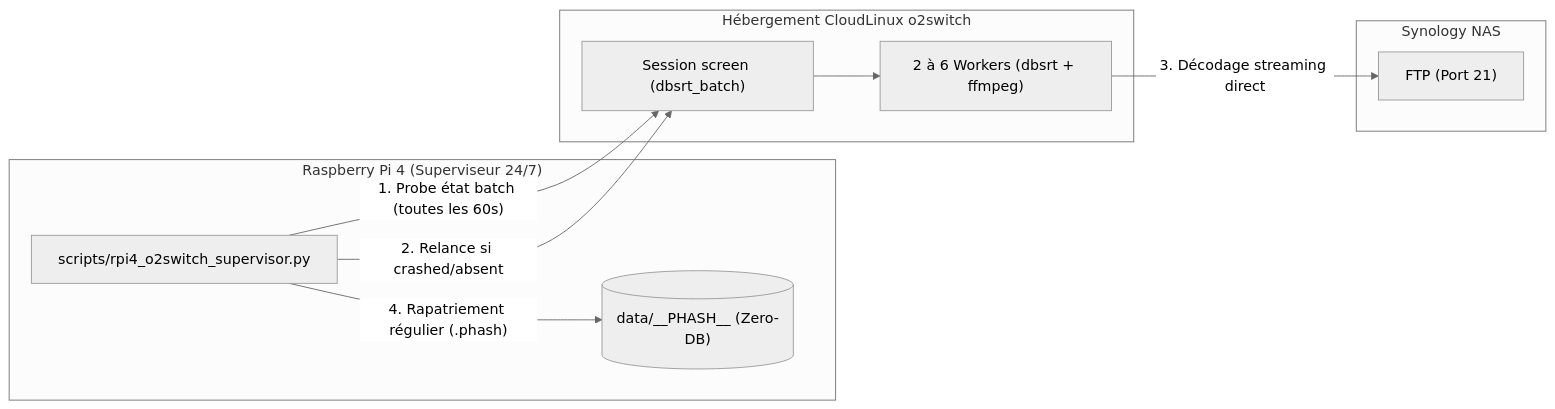
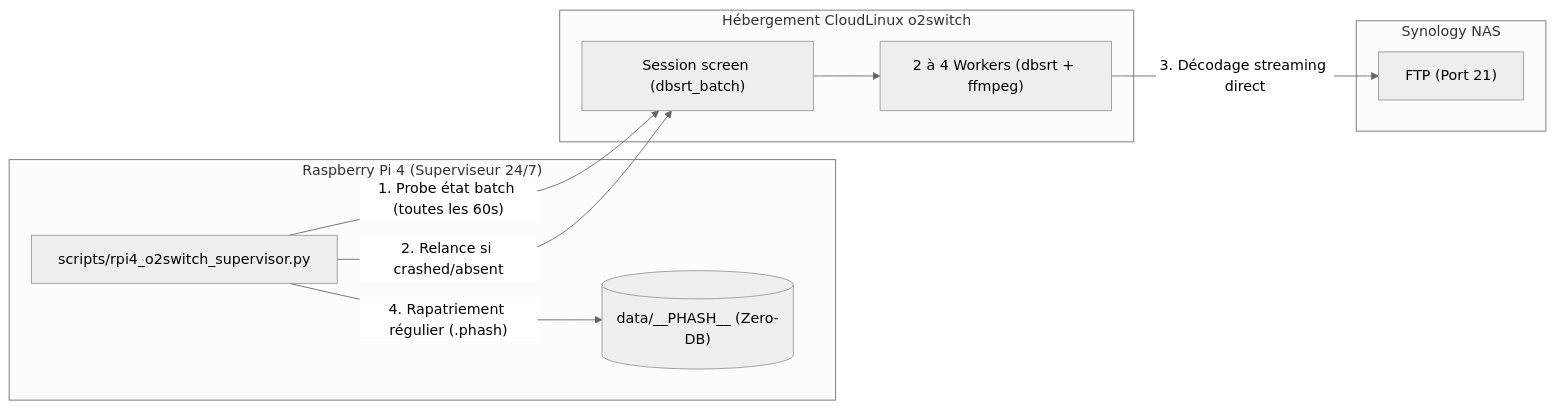
One commit to yoyonel/pydbsrt changed the first of 2 diagrams in docs/how-to/superviser-batch-o2switch-depuis-rpi4.md. Above: the diagram before and after it, drawn with Mermaid (neutral theme). The commit also changed other lines of this file and 6 other files, not shown here.

````diff
--- a/docs/how-to/superviser-batch-o2switch-depuis-rpi4.md
+++ b/docs/how-to/superviser-batch-o2switch-depuis-rpi4.md
@@ -18,22 +18,22 @@
 ```mermaid
 flowchart LR
     subgraph RPi4["Raspberry Pi 4 (Superviseur 24/7)"]
         WATCH["scripts/rpi4_o2switch_supervisor.py"]
         LOCAL_CAT[("data/__PHASH__ (Zero-DB)")]
     end
 
     subgraph O2["Hébergement CloudLinux o2switch"]
         SCREEN["Session screen (dbsrt_batch)"]
-        WORKERS["2 à 6 Workers (dbsrt + ffmpeg)"]
+        WORKERS["2 à 4 Workers (dbsrt + ffmpeg)"]
     end
 
     subgraph NAS["Synology NAS"]
         FTP["FTP (Port 21)"]
     end
 
     WATCH -->|"1. Probe état batch (toutes les 60s)"| SCREEN
     WATCH -->|"2. Relance si crashed/absent"| SCREEN
     SCREEN --> WORKERS
     WORKERS -->|"3. Décodage streaming direct"| FTP
     WATCH -->|"4. Rapatriement régulier (.phash)"| LOCAL_CAT
 ```
````
